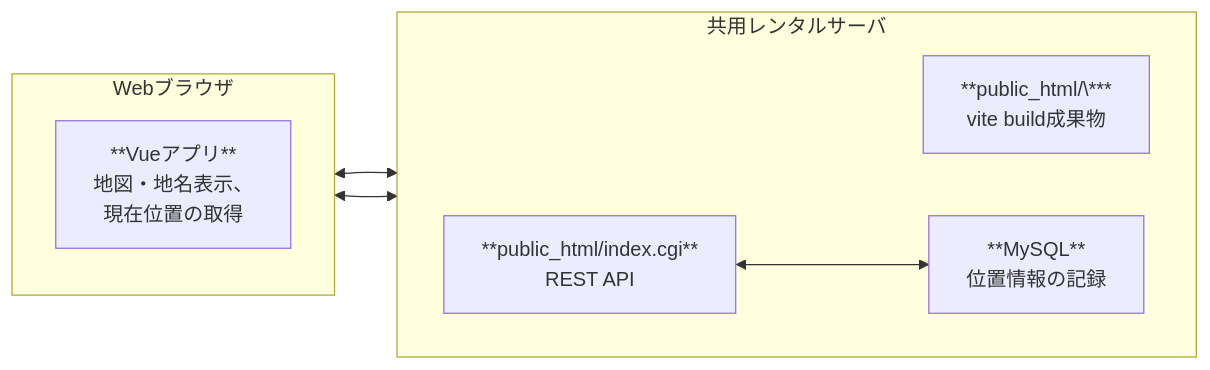
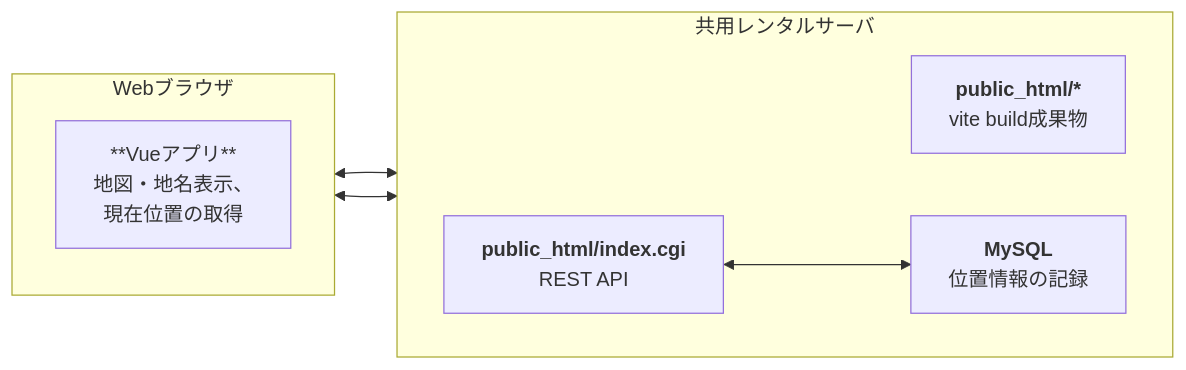
Before and after one commit to yamakox/location-logger-fastapi: the second of 2 diagrams in README.md, drawn with Mermaid. The commit also changed other lines of this file, not shown here.

Commit message:
mermaidのMarkdown記法を修正した。

````diff
--- a/README.md
+++ b/README.md
@@ -88,28 +88,28 @@
 ```mermaid
 flowchart LR
-  ui[**Vueアプリ**
+  ui["**Vueアプリ**
      地図・地名表示、
-     現在位置の取得]
-  www[**public_html/\***
-      vite build成果物]
-  api[**public_html/index.cgi**
-      REST API]
-  db[**MySQL**
-     位置情報の記録]
+     現在位置の取得"]
+  www["`**public_html/\***
+      vite build成果物`"]
+  api["`**public_html/index.cgi**
+      REST API`"]
+  db["`**MySQL**
+     位置情報の記録`"]
 
   subgraph client [Webブラウザ]
     direction TB
     ui
   end
 
   subgraph server [共用レンタルサーバ]
     direction LR
     www
     api
     db
   end
 
   ui <--> www
   ui <--> api
   api <---> db
 ```
````
